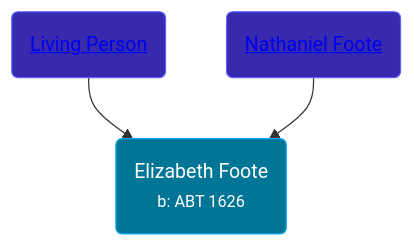
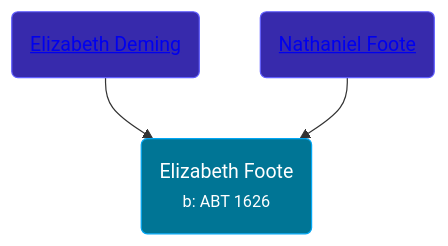
Before and after one commit to wpmgotkh/wpmgotkh.github.io: the diagram in pages/people/8/89243435.md, drawn with Mermaid. The commit also changed other lines of this file and 586 other files, not shown here.

Commit message:
feat: better shouldConsiderPersonLiving algo

````diff
--- a/pages/people/8/89243435.md
+++ b/pages/people/8/89243435.md
@@ -10,9 +10,9 @@
 ```mermaid
 graph
 classDef grands fill:#193cb8,stroke:#2b7fff,stroke-width:1px,color:#fff;
 classDef parents fill:#372aac,stroke:#615fff,stroke-width:1px,color:#fff;
 classDef primary fill:#007595,stroke:#00a6f4,stroke-width:1px,color:#fff;
 89243435(Elizabeth Foote<br /><small>b: ABT 1626</small>):::primary
-77201280(<a class="text-white" href="/people/7/77201280">Living Person</a>):::parents-->89243435
+77201280(<a class="text-white" href="/people/7/77201280">Elizabeth Deming</a>):::parents-->89243435
 64098820(<a class="text-white" href="/people/6/64098820">Nathaniel Foote</a>):::parents-->89243435
 ```
````
